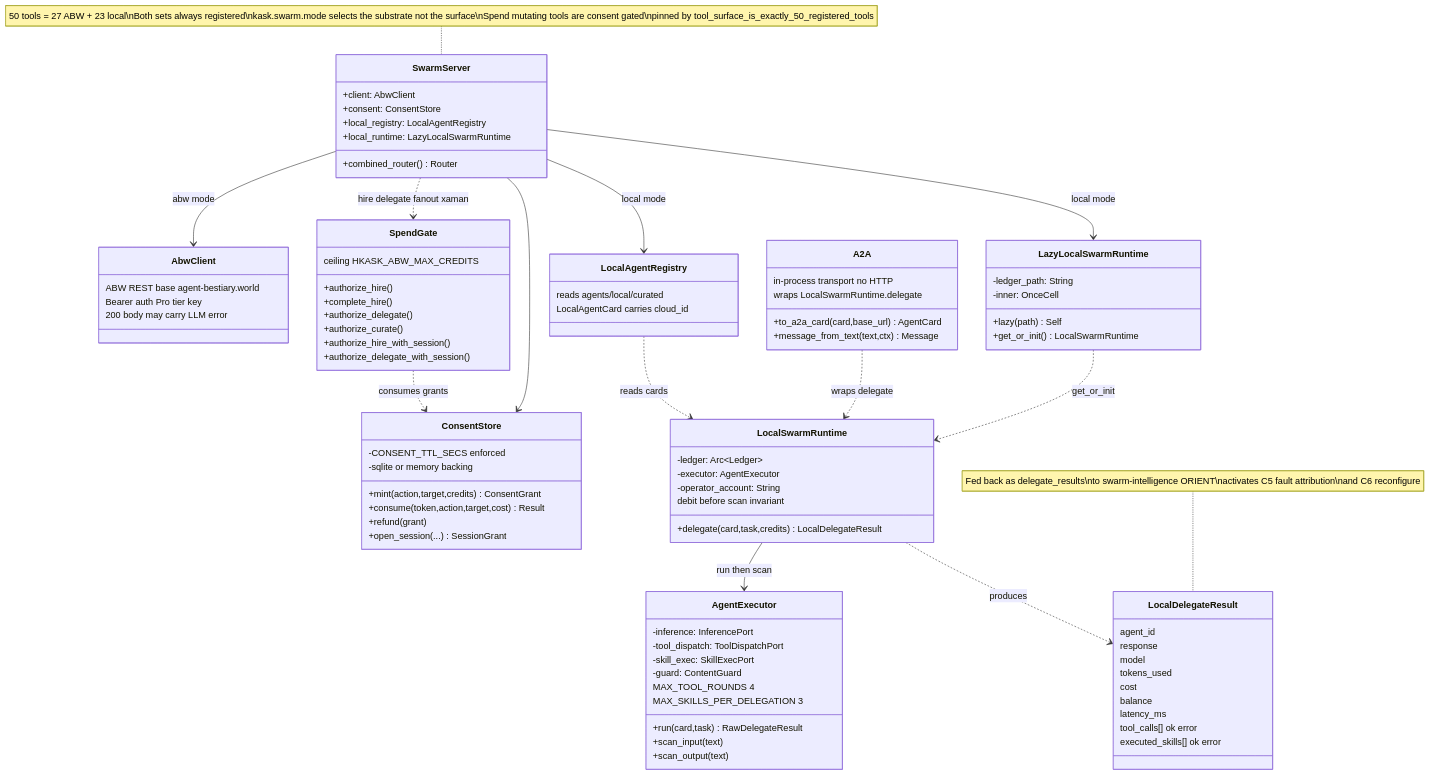
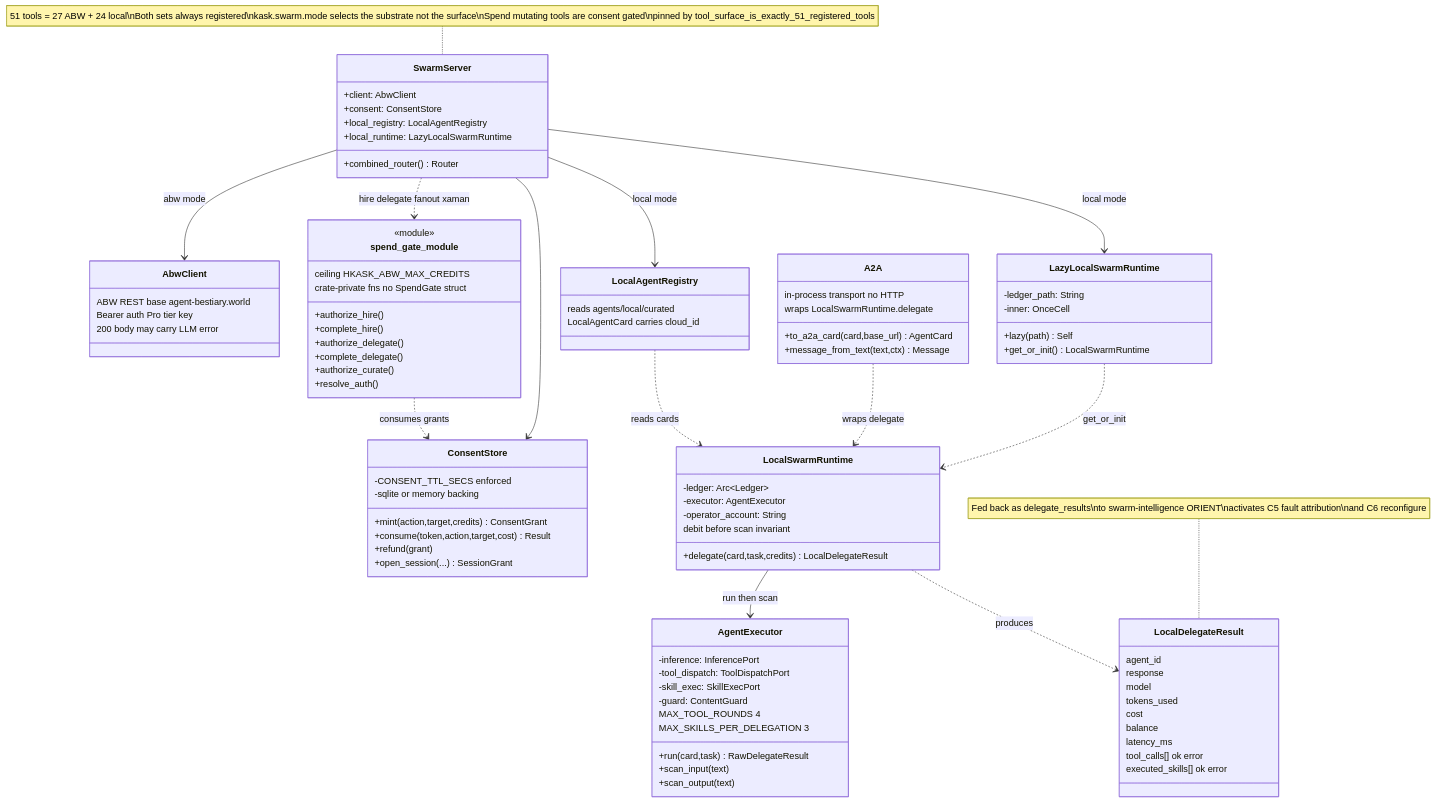
One commit to mdz-axo/zed-kask changed the diagram in kask/docs/diagrams/class-swarm-server.md. Above: the diagram before and after it, drawn with Mermaid. The commit also changed other lines of this file and 55 other files, not shown here.

````diff
--- a/kask/docs/diagrams/class-swarm-server.md
+++ b/kask/docs/diagrams/class-swarm-server.md
@@ -43,14 +44,16 @@
         -CONSENT_TTL_SECS enforced
         -sqlite or memory backing
     }
-    class SpendGate {
+    class spend_gate_module {
+        <<module>>
         +authorize_hire()
         +complete_hire()
         +authorize_delegate()
+        +complete_delegate()
         +authorize_curate()
-        +authorize_hire_with_session()
-        +authorize_delegate_with_session()
+        +resolve_auth()
         ceiling HKASK_ABW_MAX_CREDITS
+        crate-private fns no SpendGate struct
     }
     class LazyLocalSwarmRuntime {
         -ledger_path: String
@@ -102,14 +105,14 @@
     SwarmServer --> ConsentStore
     SwarmServer --> LocalAgentRegistry : local mode
     SwarmServer --> LazyLocalSwarmRuntime : local mode
-    SpendGate ..> ConsentStore : consumes grants
-    SwarmServer ..> SpendGate : hire delegate fanout xaman
+    spend_gate_module ..> ConsentStore : consumes grants
+    SwarmServer ..> spend_gate_module : hire delegate fanout xaman
     LazyLocalSwarmRuntime ..> LocalSwarmRuntime : get_or_init
     LocalSwarmRuntime --> AgentExecutor : run then scan
     LocalSwarmRuntime ..> LocalDelegateResult : produces
     A2A ..> LocalSwarmRuntime : wraps delegate
     LocalAgentRegistry ..> LocalSwarmRuntime : reads cards
 
-    note for SwarmServer "50 tools = 27 ABW + 23 local\nBoth sets always registered\nkask.swarm.mode selects the substrate not the surface\nSpend mutating tools are consent gated\npinned by tool_surface_is_exactly_50_registered_tools"
+    note for SwarmServer "51 tools = 27 ABW + 24 local\nBoth sets always registered\nkask.swarm.mode selects the substrate not the surface\nSpend mutating tools are consent gated\npinned by tool_surface_is_exactly_51_registered_tools"
     note for LocalDelegateResult "Fed back as delegate_results\nto swarm-intelligence ORIENT\nactivates C5 fault attribution\nand C6 reconfigure"
 ```
````
